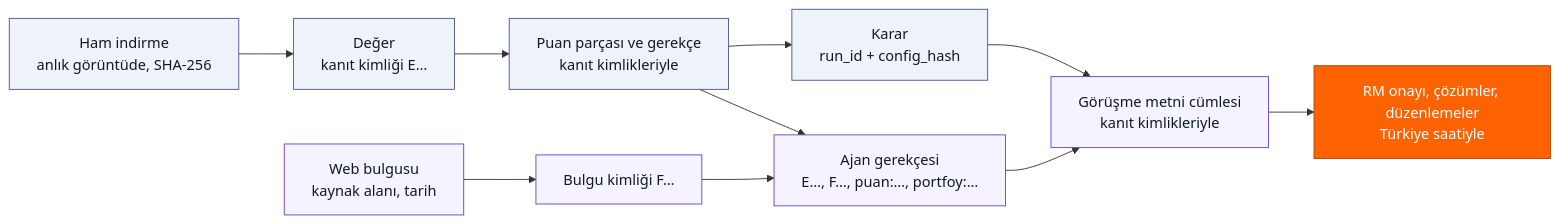
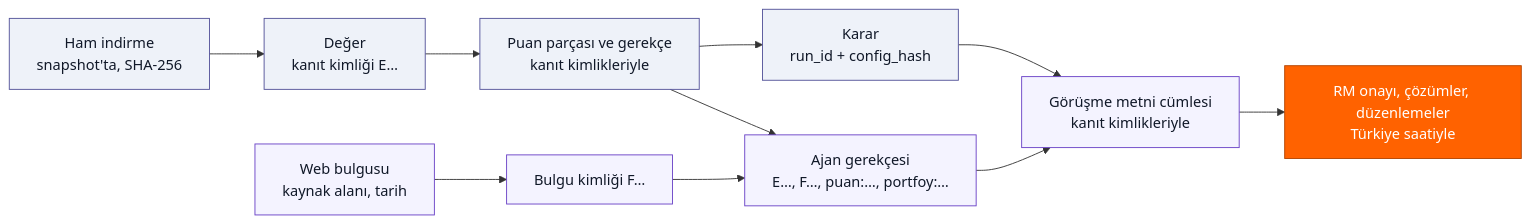
One commit to ArdahanDogru/ing-hackathon-rm-prep changed the sixth of 6 diagrams in README.md. Above: the diagram before and after it, drawn with Mermaid. The commit also changed other lines of this file, not shown here.

Commit message:
README: snapshot instead of anlık görüntü; typo fixes; the anlatıcı (not the agent) writes the meeting text; 37 runs with a list in the constraint row

````diff
--- a/README.md
+++ b/README.md
@@ -543,18 +543,18 @@
 ```mermaid
 flowchart LR
-    P["Ham indirme<br/>anlık görüntüde, SHA-256"] --> D["Değer<br/>kanıt kimliği E…"]
+    P["Ham indirme<br/>snapshot'ta, SHA-256"] --> D["Değer<br/>kanıt kimliği E…"]
     W["Web bulgusu<br/>kaynak alanı, tarih"] --> F["Bulgu kimliği F…"]
     D --> O["Puan parçası ve gerekçe<br/>kanıt kimlikleriyle"]
     O --> R["Karar<br/>run_id + config_hash"]
     F --> AG["Ajan gerekçesi<br/>E…, F…, puan:…, portfoy:…"]
     O --> AG
     R --> M["Görüşme metni cümlesi<br/>kanıt kimlikleriyle"]
     AG --> M
     M --> A["RM onayı, çözümler, düzenlemeler<br/>Türkiye saatiyle"]
     classDef code fill:#EEF2F9,stroke:#525199,color:#101828
     classDef ai fill:#F4F3FF,stroke:#6941C6,color:#101828
     classDef human fill:#FF6200,stroke:#B34400,color:#fff
     class P,D,O,R code
     class W,F,AG,M ai
     class A human
 ```
````
